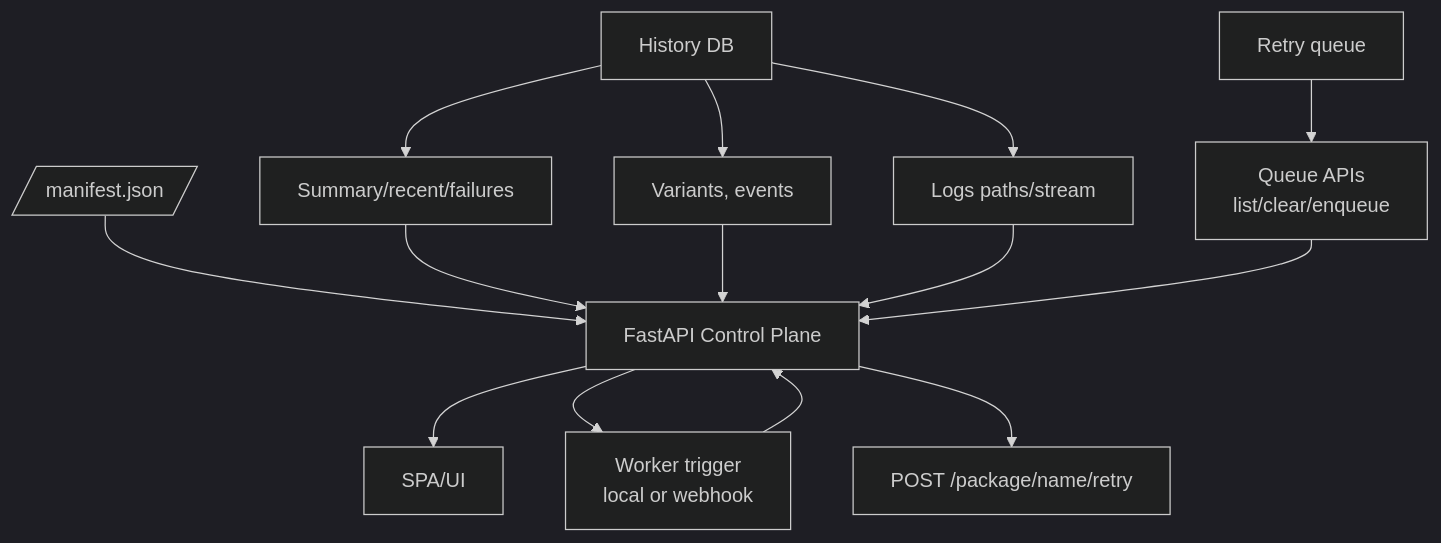
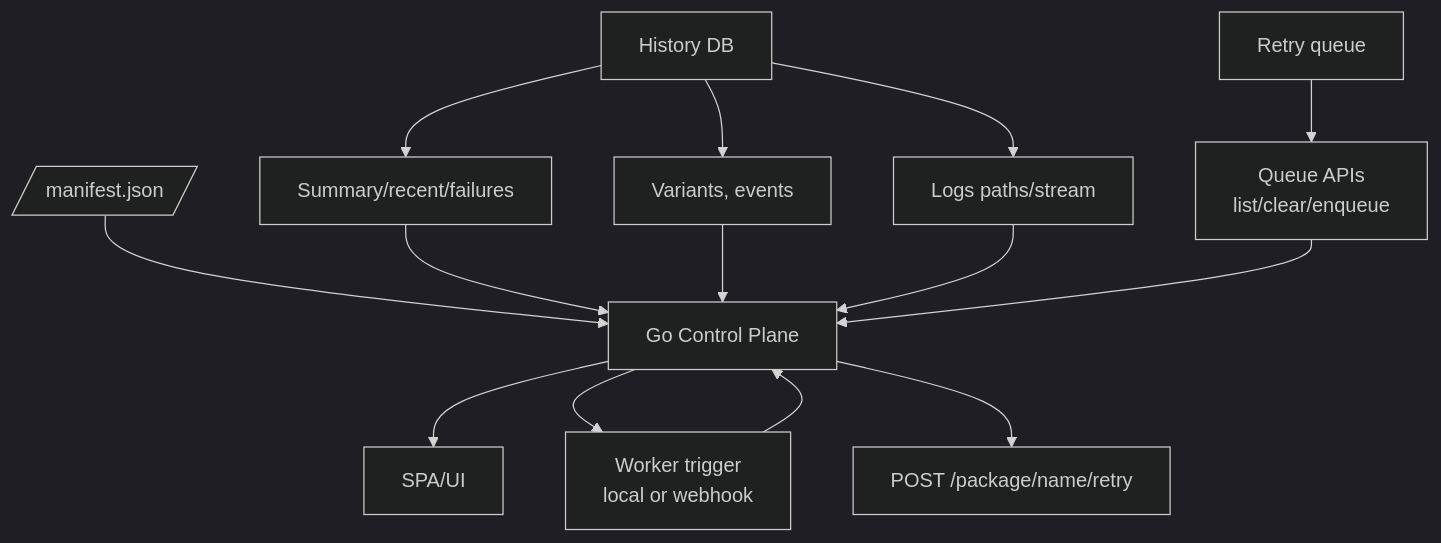
One commit to k8ika0s/s390x-wheel-refinery changed the diagram in docs/diagrams/component-api-control-plane.mmd. Above: the diagram before and after it, drawn with Mermaid (dark theme). The commit also changed 6 other files, not shown here.

Commit message:
Docs: align guides and diagrams to Go control-plane/worker

```diff
--- a/docs/diagrams/component-api-control-plane.mmd
+++ b/docs/diagrams/component-api-control-plane.mmd
@@ -1,14 +1,14 @@
 flowchart TD
     HISTORY[History DB] --> SUMMARY[Summary/recent/failures]
     HISTORY --> VARIANTS[Variants, events]
     HISTORY --> LOGS[Logs paths/stream]
     QUEUE[Retry queue] --> QAPI[Queue APIs\nlist/clear/enqueue]
     WORKER[Worker trigger\nlocal or webhook] --> API
     MANIFEST[/manifest.json/] --> API
-    API[FastAPI Control Plane] --> UI[SPA/UI]
+    API[Go Control Plane] --> UI[SPA/UI]
     SUMMARY --> API
     VARIANTS --> API
     LOGS --> API
     QAPI --> API
     API --> WORKER
     API --> ENQUEUE[POST /package/name/retry]
```
